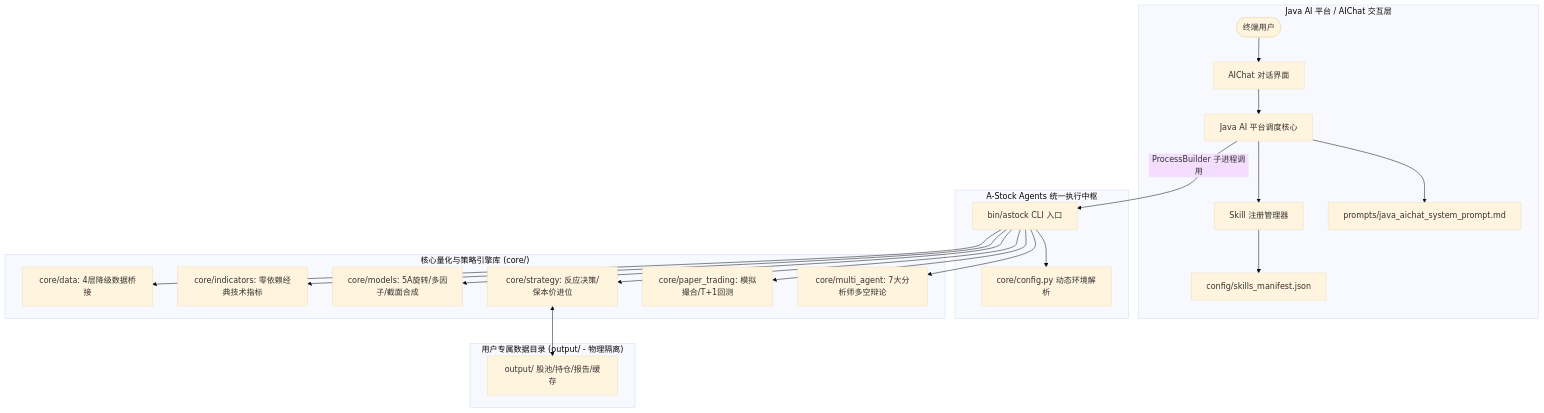
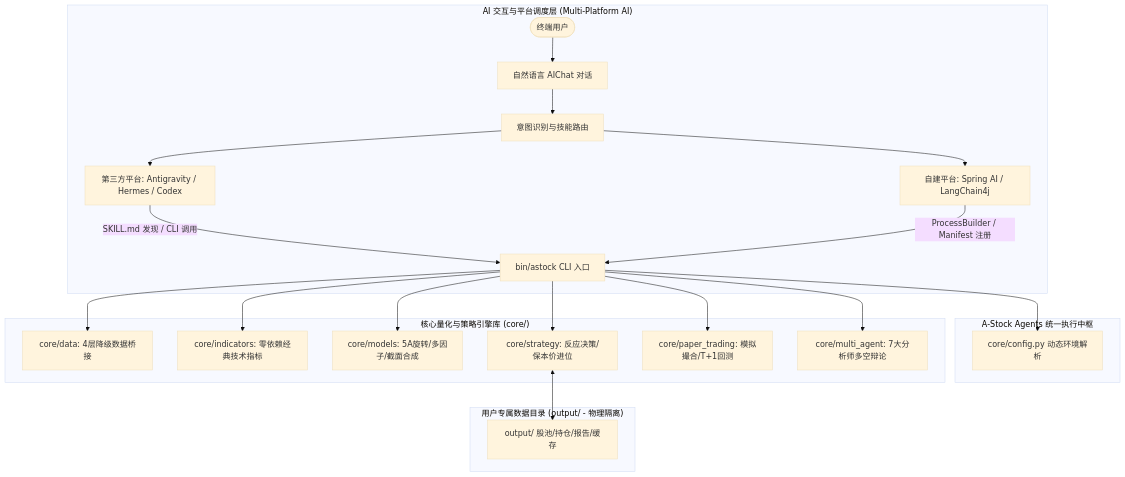
One commit to cvdnn/a_stock_agents changed the diagram in README.md. Above: the diagram before and after it, drawn with Mermaid (base theme). The commit also changed other lines of this file, not shown here.

Commit message:
docs: add 3rd-party platform guides (Antigravity/Hermes/Codex) and reorder before custom Java platform guide

````diff
--- a/README.md
+++ b/README.md
@@ -27,36 +28,38 @@
 ```mermaid
 graph TD
-    subgraph "Java AI 平台 / AIChat 交互层"
-        User([终端用户]) --> AIChat[AIChat 对话界面]
-        AIChat --> JavaEngine[Java AI 平台调度核心]
-        JavaEngine --> SkillRegistry[Skill 注册管理器]
-        SkillRegistry --> Manifest[config/skills_manifest.json]
-        JavaEngine --> SystemPrompt[prompts/java_aichat_system_prompt.md]
+    subgraph "AI 交互与平台调度层 (Multi-Platform AI)"
+        User([终端用户]) --> AIChat[自然语言 AIChat 对话]
+        AIChat --> AgentRouter[意图识别与技能路由]
+        
+        AgentRouter --> ThirdParty[第三方平台: Antigravity / Hermes / Codex]
+        AgentRouter --> CustomJava[自建平台: Spring AI / LangChain4j]
+        
+        ThirdParty -- "SKILL.md 发现 / CLI 调用" --> CLI[bin/astock CLI 入口]
+        CustomJava -- "ProcessBuilder / Manifest 注册" --> CLI
     end
 
     subgraph "A-Stock Agents 统一执行中枢"
-        JavaEngine -- "ProcessBuilder 子进程调用" --> CLI[bin/astock CLI 入口]
         CLI --> Config[core/config.py 动态环境解析]
     end
 
     subgraph "核心量化与策略引擎库 (core/)"
         DataBridge[core/data: 4层降级数据桥接]
         Indicators[core/indicators: 零依赖经典技术指标]
         Models[core/models: 5A旋转/多因子/截面合成]
         Strategy[core/strategy: 反应决策/保本价进位]
         PaperTrading[core/paper_trading: 模拟撮合/T+1回测]
         MultiAgent[core/multi_agent: 7大分析师多空辩论]
     end
 
     subgraph "用户专属数据目录 (output/ - 物理隔离)"
         UserOutput[output/ 股池/持仓/报告/缓存]
     end
 
     CLI --> DataBridge
     CLI --> Indicators
     CLI --> Models
     CLI --> Strategy
     CLI --> PaperTrading
     CLI --> MultiAgent
     Strategy <--> UserOutput
 ```
````
